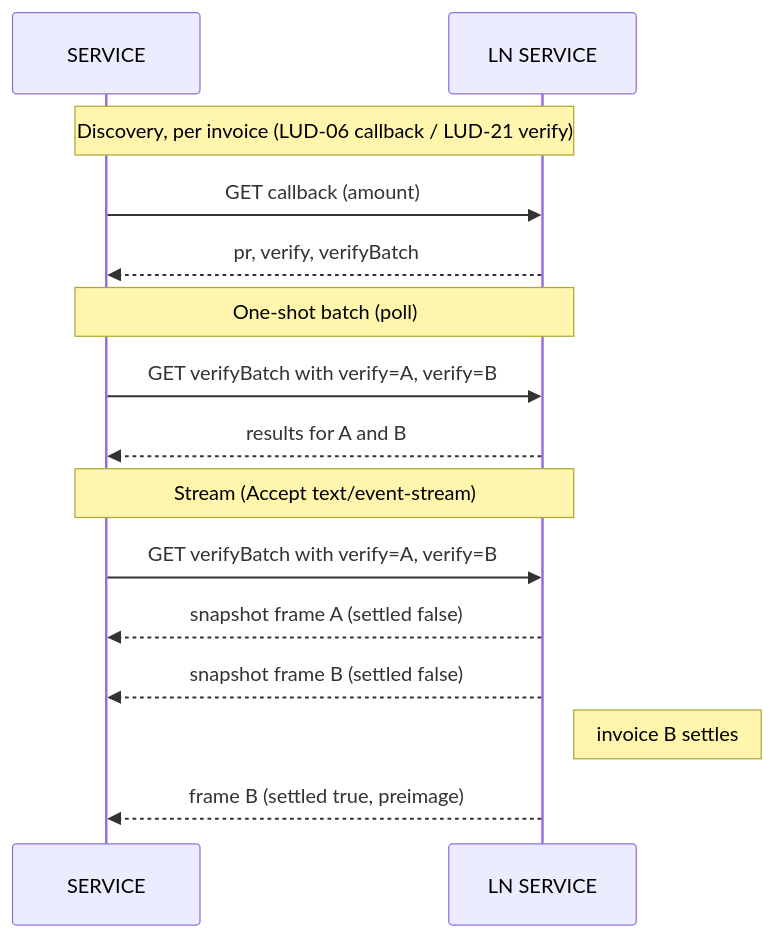
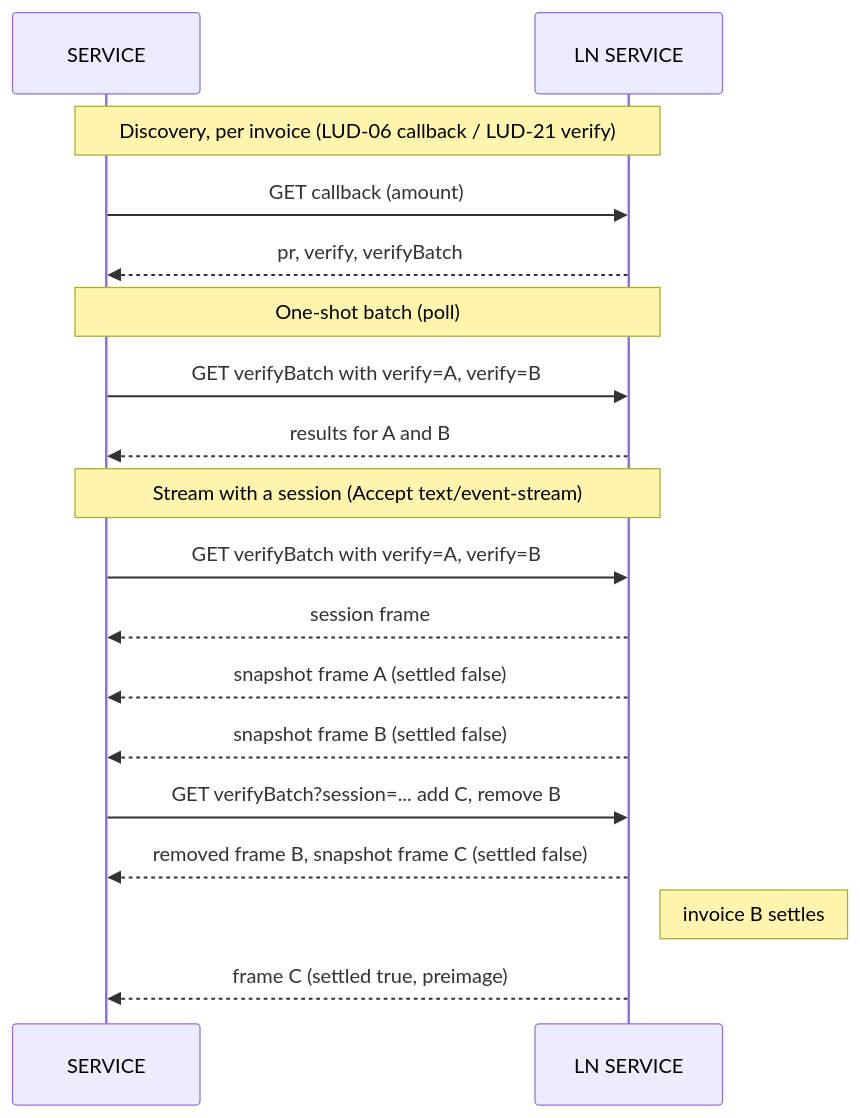
Before and after one commit to lnurl/luds: the diagram in XX.md, drawn with Mermaid. The commit also changed other lines of this file, not shown here.

Commit message:
LUD-XX verifyBatch: stream sessions with in-place updates

````diff
--- a/XX.md
+++ b/XX.md
@@ -18,20 +18,23 @@
 ```mermaid
 sequenceDiagram
     participant S as SERVICE
     participant LS as LN SERVICE
 
     Note over S,LS: Discovery, per invoice (LUD-06 callback / LUD-21 verify)
     S->>LS: GET callback (amount)
     LS-->>S: pr, verify, verifyBatch
 
     Note over S,LS: One-shot batch (poll)
     S->>LS: GET verifyBatch with verify=A, verify=B
     LS-->>S: results for A and B
 
-    Note over S,LS: Stream (Accept text/event-stream)
+    Note over S,LS: Stream with a session (Accept text/event-stream)
     S->>LS: GET verifyBatch with verify=A, verify=B
+    LS-->>S: session frame
     LS-->>S: snapshot frame A (settled false)
     LS-->>S: snapshot frame B (settled false)
+    S->>LS: GET verifyBatch?session=... add C, remove B
+    LS-->>S: removed frame B, snapshot frame C (settled false)
     Note right of LS: invoice B settles
-    LS-->>S: frame B (settled true, preimage)
+    LS-->>S: frame C (settled true, preimage)
 ```
````
